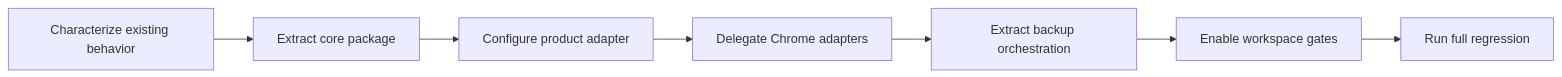
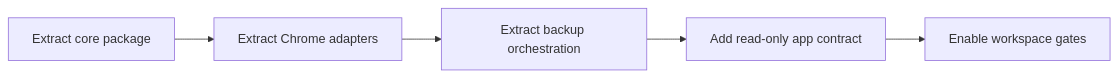
The fifth of 5 diagrams in .kiro/specs/local-data-library-boundaries/design.md (Huruikagi/pc-build-planner), drawn with Mermaid before and after one commit. The commit also changed other lines of this file and 85 other files, not shown here.

````diff
--- a/.kiro/specs/local-data-library-boundaries/design.md
+++ b/.kiro/specs/local-data-library-boundaries/design.md
@@ -501,9 +483,7 @@
 ```mermaid
 flowchart LR
-    Characterize[Characterize existing behavior] --> Core[Extract core package]
-    Core --> Product[Configure product adapter]
-    Product --> Chrome[Delegate Chrome adapters]
+    Core[Extract core package] --> Chrome[Extract Chrome adapters]
     Chrome --> Backup[Extract backup orchestration]
-    Backup --> Gates[Enable workspace gates]
-    Gates --> Regression[Run full regression]
+    Backup --> Contract[Add read-only app contract]
+    Contract --> Gates[Enable workspace gates]
 ```
````
